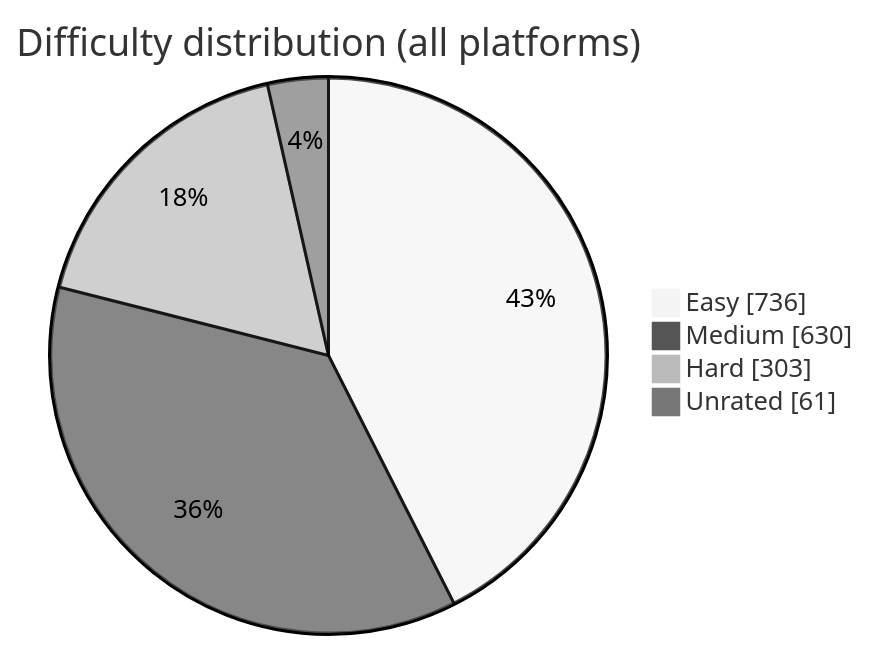
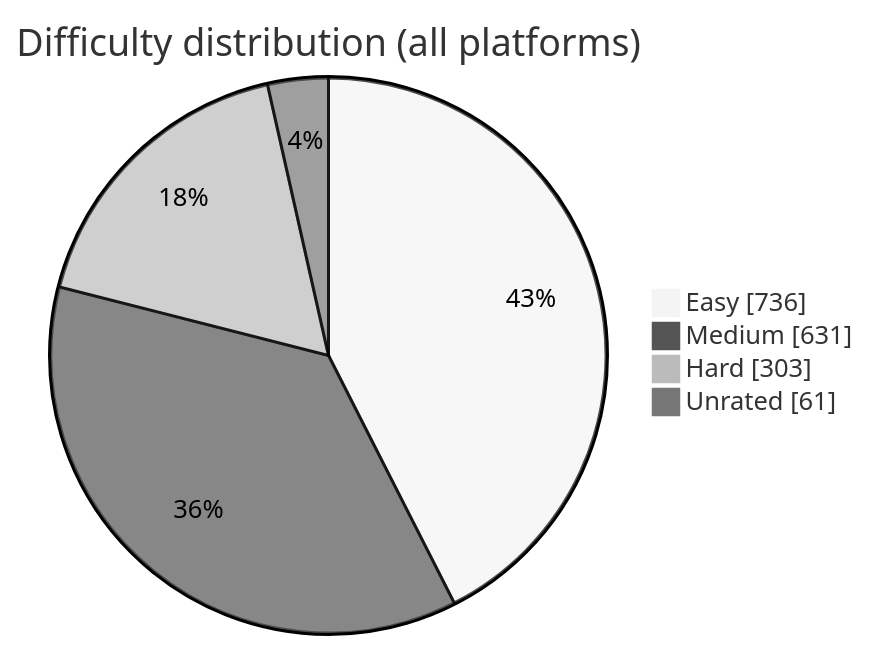
The diagram in README.md (BuildbyArindam/Daily-Coding-Log), drawn with Mermaid (neutral theme) before and after one commit. The commit also changed other lines of this file, not shown here.

````diff
--- a/README.md
+++ b/README.md
@@ -93,7 +93,7 @@
 ```mermaid
 pie showData title Difficulty distribution (all platforms)
     "Easy" : 736
-    "Medium" : 630
+    "Medium" : 631
     "Hard" : 303
     "Unrated" : 61
 ```
````
